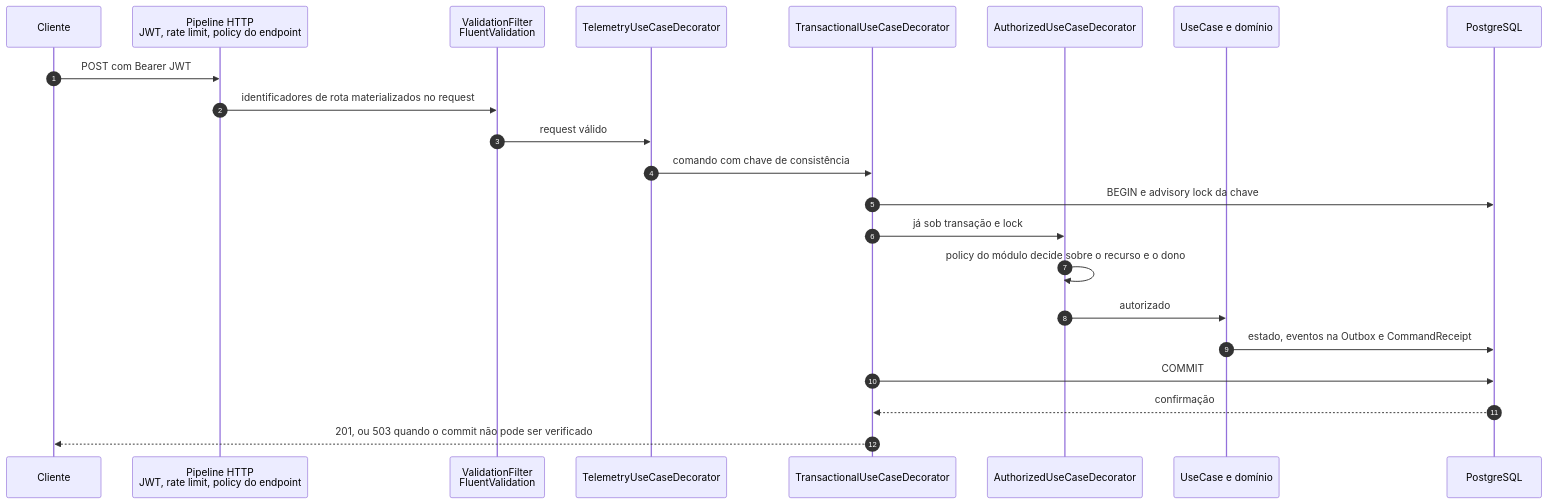
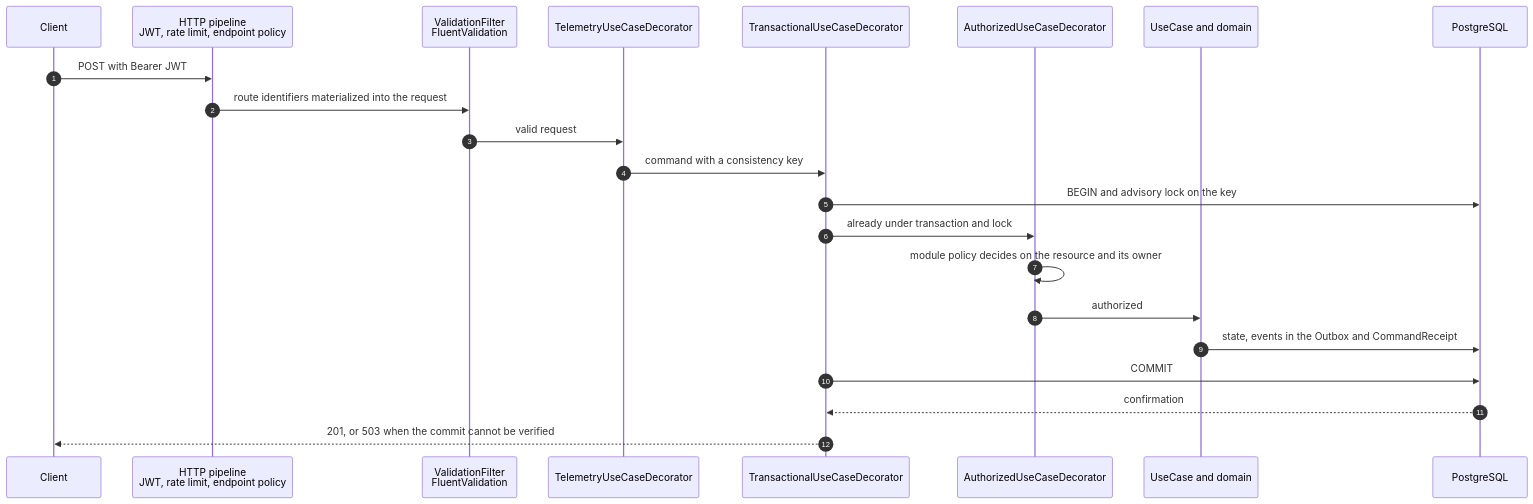
The third of 4 diagrams in README.md (thiagocorreanet/dotnet-standards-template), drawn with Mermaid before and after one commit. The commit also changed other lines of this file and 3 other files, not shown here.

````diff
--- a/README.md
+++ b/README.md
@@ -65,25 +65,25 @@
 ```mermaid
 sequenceDiagram
     autonumber
-    participant C as Cliente
-    participant P as Pipeline HTTP<br/>JWT, rate limit, policy do endpoint
+    participant C as Client
+    participant P as HTTP pipeline<br/>JWT, rate limit, endpoint policy
     participant V as ValidationFilter<br/>FluentValidation
     participant T as TelemetryUseCaseDecorator
     participant X as TransactionalUseCaseDecorator
     participant A as AuthorizedUseCaseDecorator
-    participant U as UseCase e domínio
+    participant U as UseCase and domain
     participant PG as PostgreSQL
 
-    C->>P: POST com Bearer JWT
-    P->>V: identificadores de rota materializados no request
-    V->>T: request válido
-    T->>X: comando com chave de consistência
-    X->>PG: BEGIN e advisory lock da chave
-    X->>A: já sob transação e lock
-    A->>A: policy do módulo decide sobre o recurso e o dono
-    A->>U: autorizado
-    U->>PG: estado, eventos na Outbox e CommandReceipt
+    C->>P: POST with Bearer JWT
+    P->>V: route identifiers materialized into the request
+    V->>T: valid request
+    T->>X: command with a consistency key
+    X->>PG: BEGIN and advisory lock on the key
+    X->>A: already under transaction and lock
+    A->>A: module policy decides on the resource and its owner
+    A->>U: authorized
+    U->>PG: state, events in the Outbox and CommandReceipt
     X->>PG: COMMIT
-    PG-->>X: confirmação
-    X-->>C: 201, ou 503 quando o commit não pode ser verificado
+    PG-->>X: confirmation
+    X-->>C: 201, or 503 when the commit cannot be verified
 ```
````
